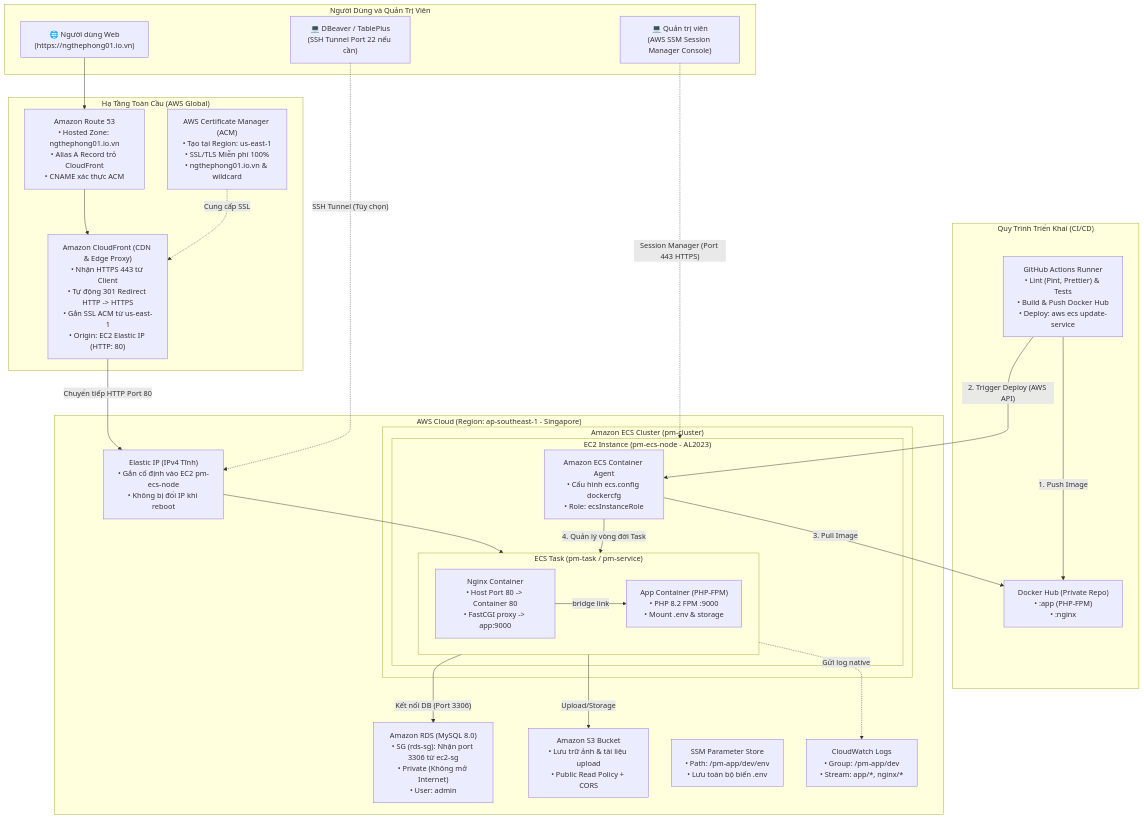
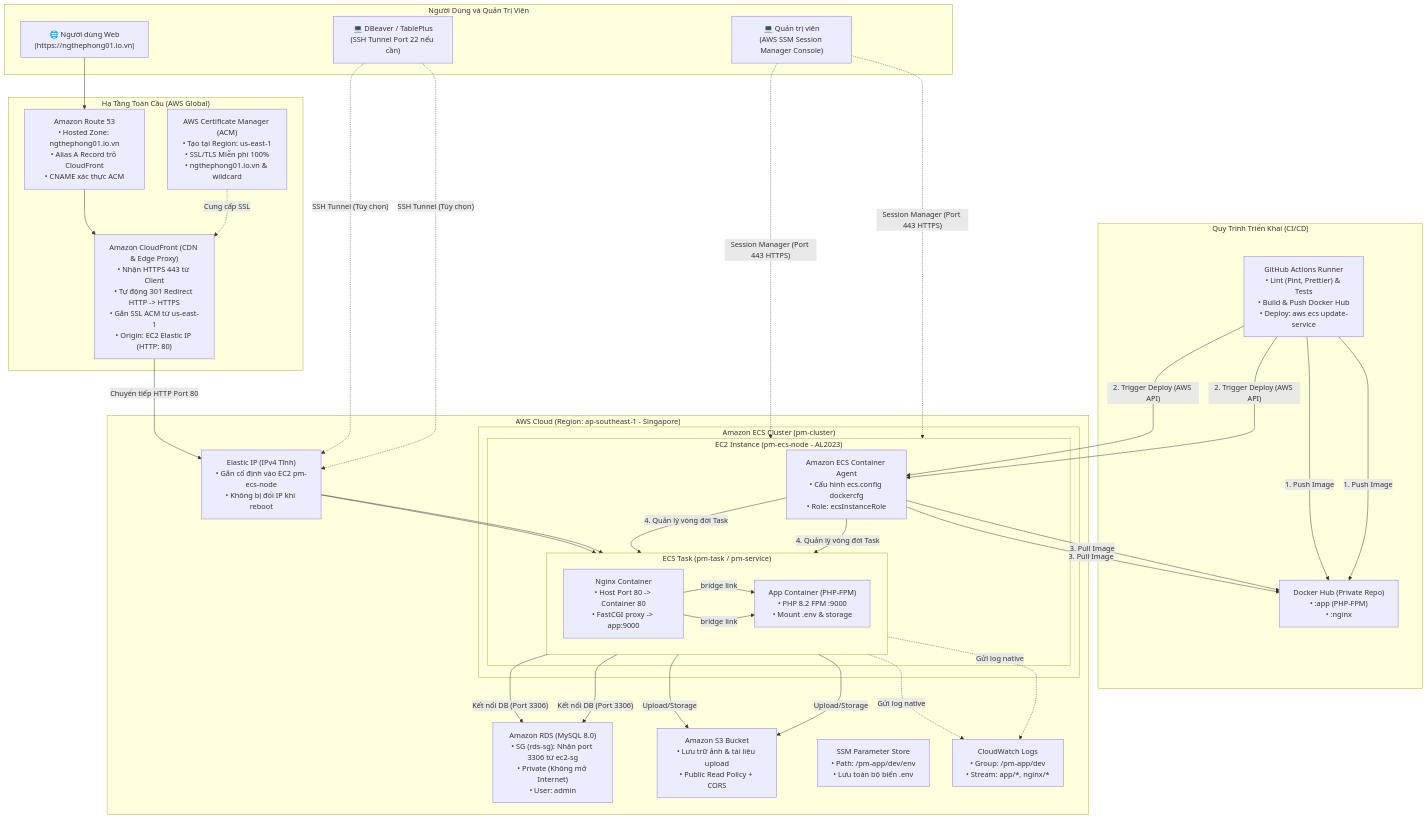
One commit to NgThePhong0608/project-management changed the diagram in AWS_SETUP_GUIDE.md. Above: the diagram before and after it, drawn with Mermaid. The commit also changed other lines of this file and 1 other file, not shown here.

First line of the commit message:
feat: add ECS deployment rollout validation and failure handling to CI pipeline and guide (#11)

````diff
--- a/AWS_SETUP_GUIDE.md
+++ b/AWS_SETUP_GUIDE.md
@@ -10,6 +11,8 @@
 flowchart TD
     subgraph ClientAndUsers ["Người Dùng và Quản Trị Viên"]
         User["🌐 Người dùng Web<br/>(https://ngthephong01.io.vn)"]
+        DevSSM["💻 Quản trị viên<br/>(AWS SSM Session Manager Console)"]
+        DevSSH["💻 DBeaver / TablePlus<br/>(SSH Tunnel Port 22 nếu cần)"]
         DevSSM["💻 Quản trị viên<br/>(AWS SSM Session Manager Console)"]
         DevSSH["💻 DBeaver / TablePlus<br/>(SSH Tunnel Port 22 nếu cần)"]
     end
@@ -22,12 +25,28 @@
 
     subgraph CI_CD ["Quy Trình Triển Khai (CI/CD)"]
         Git["GitHub Actions Runner<br/>• Lint (Pint, Prettier) & Tests<br/>• Build & Push Docker Hub<br/>• Deploy: aws ecs update-service"]
+        Git["GitHub Actions Runner<br/>• Lint (Pint, Prettier) & Tests<br/>• Build & Push Docker Hub<br/>• Deploy: aws ecs update-service"]
         DHub["Docker Hub (Private Repo)<br/>• :app (PHP-FPM)<br/>• :nginx"]
     end
 
     subgraph AWS_VPC ["AWS Cloud (Region: ap-southeast-1 - Singapore)"]
         EIP["Elastic IP (IPv4 Tĩnh)<br/>• Gắn cố định vào EC2 pm-ecs-node<br/>• Không bị đổi IP khi reboot"]
+        EIP["Elastic IP (IPv4 Tĩnh)<br/>• Gắn cố định vào EC2 pm-ecs-node<br/>• Không bị đổi IP khi reboot"]
 
+        subgraph ECS_Cluster ["Amazon ECS Cluster (pm-cluster)"]
+            subgraph EC2_Node ["EC2 Instance (pm-ecs-node - AL2023)"]
+                Agent["Amazon ECS Container Agent<br/>• Cấu hình ecs.config dockercfg<br/>• Role: ecsInstanceRole"]
+                
+                subgraph Task ["ECS Task (pm-task / pm-service)"]
+                    direction LR
+                    Nginx["Nginx Container<br/>• Host Port 80 -> Container 80<br/>• FastCGI proxy -> app:9000"]
+                    App["App Container (PHP-FPM)<br/>• PHP 8.2 FPM :9000<br/>• Mount .env & storage"]
+                    Nginx -->|"bridge link"| App
+                end
+            end
+        end
+
+        RDS["Amazon RDS (MySQL 8.0)<br/>• SG (rds-sg): Nhận port 3306 từ ec2-sg<br/>• Private (Không mở Internet)<br/>• User: admin"]
         subgraph ECS_Cluster ["Amazon ECS Cluster (pm-cluster)"]
             subgraph EC2_Node ["EC2 Instance (pm-ecs-node - AL2023)"]
                 Agent["Amazon ECS Container Agent<br/>• Cấu hình ecs.config dockercfg<br/>• Role: ecsInstanceRole"]
@@ -45,12 +64,14 @@
         S3["Amazon S3 Bucket<br/>• Lưu trữ ảnh & tài liệu upload<br/>• Public Read Policy + CORS"]
         SSM["SSM Parameter Store<br/>• Path: /pm-app/dev/env<br/>• Lưu toàn bộ biến .env"]
         CW["CloudWatch Logs<br/>• Group: /pm-app/dev<br/>• Stream: app/*, nginx/*"]
+        CW["CloudWatch Logs<br/>• Group: /pm-app/dev<br/>• Stream: app/*, nginx/*"]
     end
 
     User --> R53
     R53 --> CF
     ACM -.->|"Cung cấp SSL"| CF
     CF -->|"Chuyển tiếp HTTP Port 80"| EIP
+    EIP --> Nginx
     EIP --> Nginx
 
     Git -->|"1. Push Image"| DHub
@@ -63,4 +84,14 @@
     Task -.->|"Gửi log native"| CW
     DevSSM -.->|"Session Manager (Port 443 HTTPS)"| EC2_Node
     DevSSH -.->|"SSH Tunnel (Tùy chọn)"| EIP
+    Git -->|"1. Push Image"| DHub
+    Git -->|"2. Trigger Deploy (AWS API)"| Agent
+    Agent -->|"3. Pull Image"| DHub
+    Agent -->|"4. Quản lý vòng đời Task"| Task
+
+    App -->|"Kết nối DB (Port 3306)"| RDS
+    App -->|"Upload/Storage"| S3
+    Task -.->|"Gửi log native"| CW
+    DevSSM -.->|"Session Manager (Port 443 HTTPS)"| EC2_Node
+    DevSSH -.->|"SSH Tunnel (Tùy chọn)"| EIP
 ```
````
